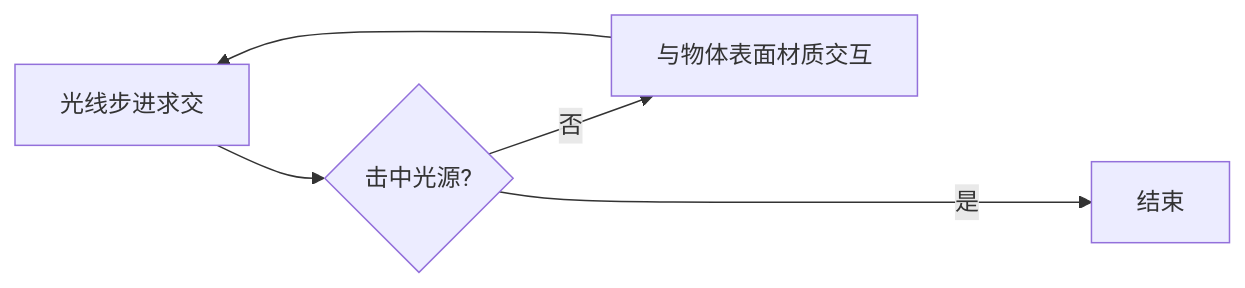
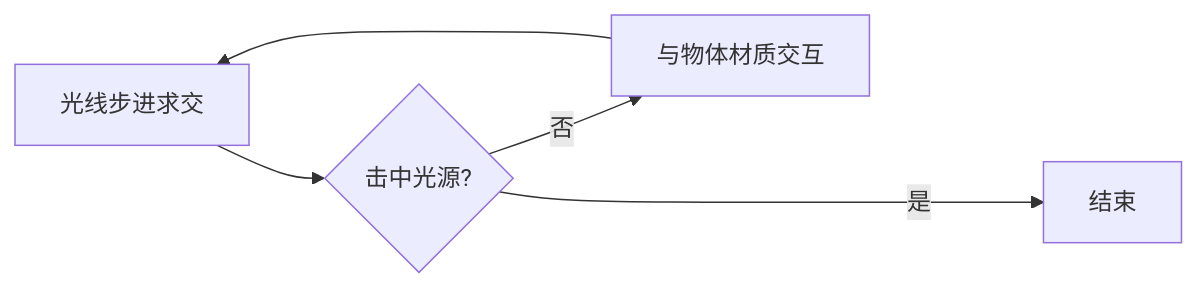
The diagram in src/blog/s/20221231DIP.md (HK-SHAO/HK-SHAO.github.io), drawn with Mermaid before and after one commit. The commit also changed other lines of this file, not shown here.

````diff
--- a/src/blog/s/20221231DIP.md
+++ b/src/blog/s/20221231DIP.md
@@ -43,7 +43,7 @@
 ```mermaid
 graph LR
     A[光线步进求交] --> B{击中光源?};
-    B -->|否| C[与物体表面材质交互];
+    B -->|否| C[与物体材质交互];
     C --> A;
     B ---->|是| E[结束];
 ```
````
